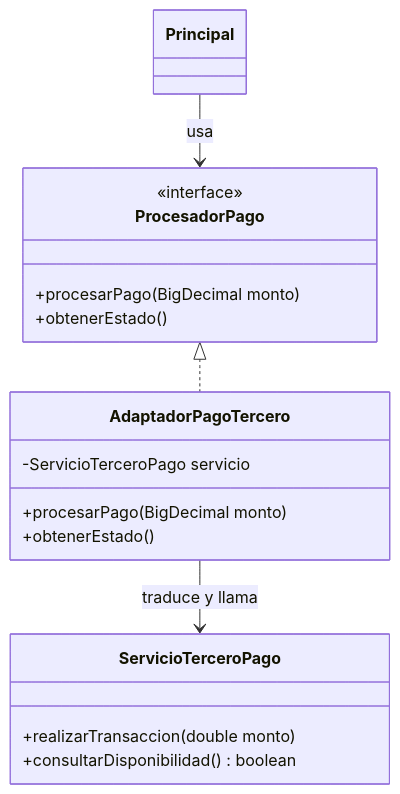
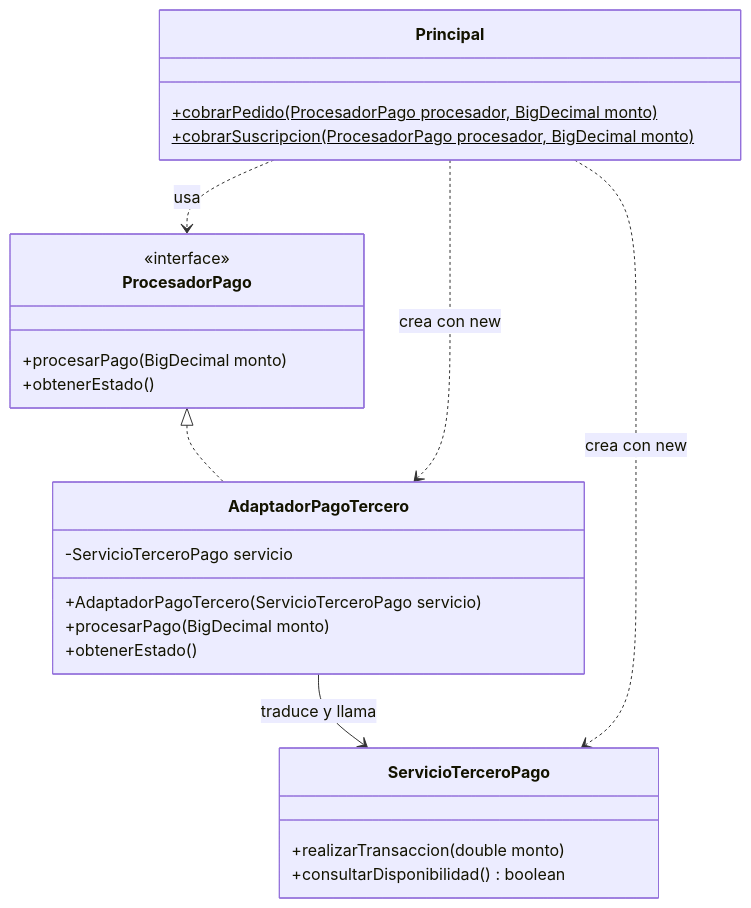
The second of 2 diagrams in 04 - Adapter/README.md (carevalomx69/DesignPatterns), drawn with Mermaid before and after one commit. The commit also changed other lines of this file and 2 other files, not shown here.

````diff
--- a/04 - Adapter/README.md
+++ b/04 - Adapter/README.md
@@ -32,21 +114,27 @@
 ```mermaid
 classDiagram
     class ProcesadorPago {
         <<interface>>
         +procesarPago(BigDecimal monto)
         +obtenerEstado()
     }
     class ServicioTerceroPago {
         +realizarTransaccion(double monto)
         +consultarDisponibilidad() boolean
     }
     class AdaptadorPagoTercero {
         -ServicioTerceroPago servicio
+        +AdaptadorPagoTercero(ServicioTerceroPago servicio)
         +procesarPago(BigDecimal monto)
         +obtenerEstado()
     }
-    class Principal
+    class Principal {
+        +cobrarPedido(ProcesadorPago procesador, BigDecimal monto)$
+        +cobrarSuscripcion(ProcesadorPago procesador, BigDecimal monto)$
+    }
     ProcesadorPago <|.. AdaptadorPagoTercero
     AdaptadorPagoTercero --> ServicioTerceroPago : traduce y llama
-    Principal --> ProcesadorPago : usa
+    Principal ..> ProcesadorPago : usa
+    Principal ..> AdaptadorPagoTercero : crea con new
+    Principal ..> ServicioTerceroPago : crea con new
 ```
````
